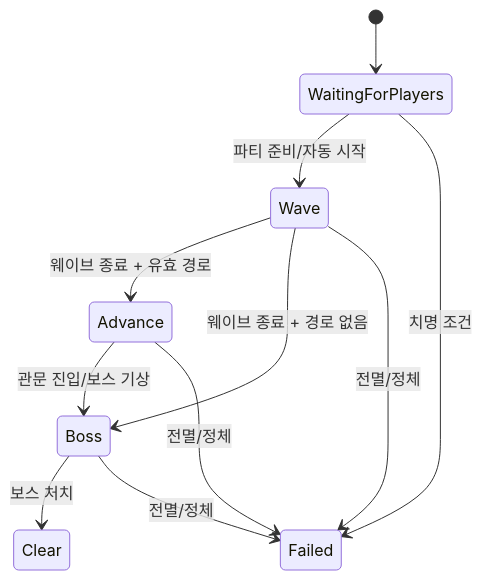
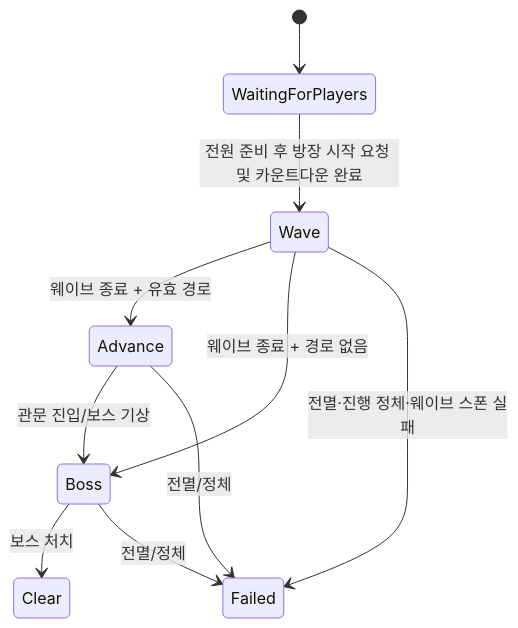
One commit to Growcompany/DediServerRPG changed the third of 3 diagrams in Docs/Portfolio/ARCHITECTURE.md. Above: the diagram before and after it, drawn with Mermaid. The commit also changed other lines of this file and 1 other file, not shown here.

````diff
--- a/Docs/Portfolio/ARCHITECTURE.md
+++ b/Docs/Portfolio/ARCHITECTURE.md
@@ -141,13 +152,12 @@
 ```mermaid
 stateDiagram-v2
     [*] --> WaitingForPlayers
-    WaitingForPlayers --> Wave: 파티 준비/자동 시작
+    WaitingForPlayers --> Wave: 전원 준비 후 방장 시작 요청 및 카운트다운 완료
     Wave --> Advance: 웨이브 종료 + 유효 경로
     Wave --> Boss: 웨이브 종료 + 경로 없음
     Advance --> Boss: 관문 진입/보스 기상
     Boss --> Clear: 보스 처치
-    WaitingForPlayers --> Failed: 치명 조건
-    Wave --> Failed: 전멸/정체
+    Wave --> Failed: 전멸·진행 정체·웨이브 스폰 실패
     Advance --> Failed: 전멸/정체
     Boss --> Failed: 전멸/정체
 ```
````
